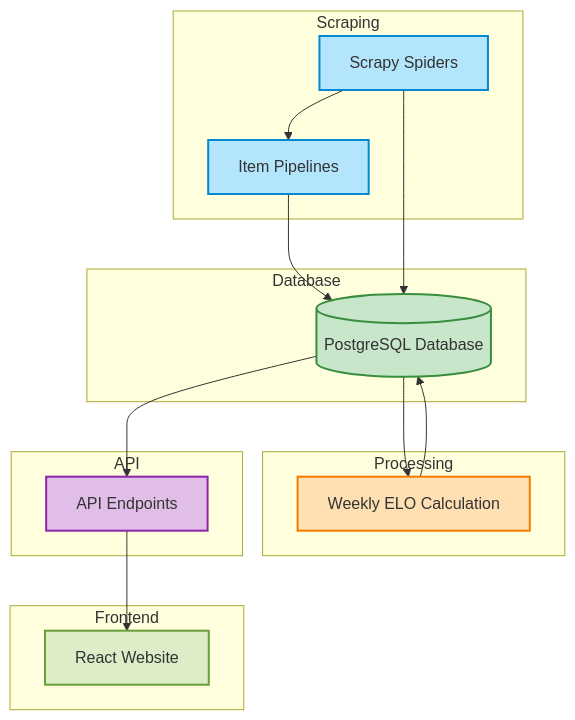
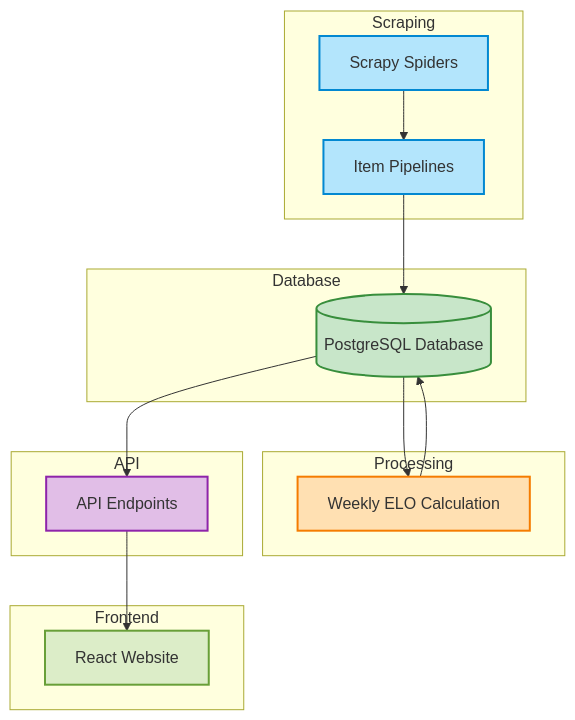
One commit to alpinedev51/mma-elo-engine-py changed the diagram in README.md. Above: the diagram before and after it, drawn with Mermaid.

````diff
--- a/README.md
+++ b/README.md
@@ -60,44 +60,43 @@
 ```mermaid
 flowchart TD
 
     subgraph Scraping
         A1[Scrapy Spiders] --> A2[Item Pipelines]
     end
 
     subgraph Database
         A2 --> B1[(PostgreSQL Database)]
     end
 
     subgraph Processing
         B1 --> C1[Weekly ELO Calculation]
         C1 --> B1
-        A1 --> B1
     end
 
     subgraph API
         B1 --> D1[API Endpoints]
     end
 
     subgraph Frontend
         D1 --> E1[React Website]
     end
 
     click A1 "Scrapy Spiders regularly crawl MMA websites for fighter data."
     click A2 "Pipelines process and store the fighter data into the database."
     click B1 "PostgreSQL database houses fighter data and ELO scores."
     click C1 "A weekly job calculates and updates ELO ratings."
     click D1 "APIs provide access to stored data."
     click E1 "Data is displayed on a React-based frontend."
 
     classDef blue fill:#B3E5FC,stroke:#0288D1,stroke-width:2px;
     classDef green fill:#C8E6C9,stroke:#388E3C,stroke-width:2px;
     classDef orange fill:#FFE0B2,stroke:#F57C00,stroke-width:2px;
     classDef purple fill:#E1BEE7,stroke:#8E24AA,stroke-width:2px;
     classDef lightgreen fill:#DCEDC8,stroke:#689F38,stroke-width:2px;
 
     class A1,A2 blue
     class B1 green
     class C1 orange
     class D1 purple
     class E1 lightgreen
 ```
````
